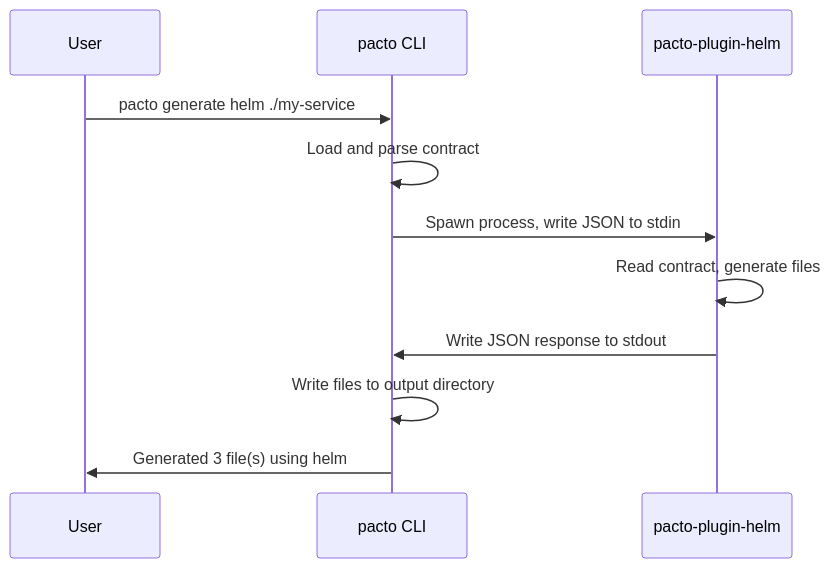
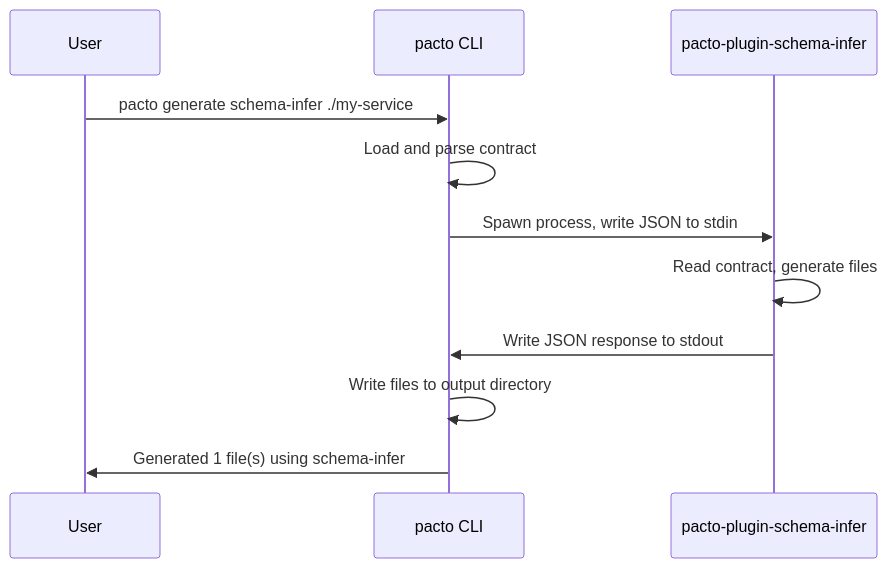
Before and after one commit to TrianaLab/pacto: the diagram in docs/plugins.md, drawn with Mermaid. The commit also changed other lines of this file and 101 other files, not shown here.

````diff
--- a/docs/plugins.md
+++ b/docs/plugins.md
@@ -41,14 +61,14 @@
 ```mermaid
 sequenceDiagram
     participant User
     participant Pacto as pacto CLI
-    participant Plugin as pacto-plugin-helm
+    participant Plugin as pacto-plugin-schema-infer
 
-    User->>Pacto: pacto generate helm ./my-service
+    User->>Pacto: pacto generate schema-infer ./my-service
     Pacto->>Pacto: Load and parse contract
     Pacto->>Plugin: Spawn process, write JSON to stdin
     Plugin->>Plugin: Read contract, generate files
     Plugin->>Pacto: Write JSON response to stdout
     Pacto->>Pacto: Write files to output directory
-    Pacto->>User: Generated 3 file(s) using helm
+    Pacto->>User: Generated 1 file(s) using schema-infer
 ```
````
